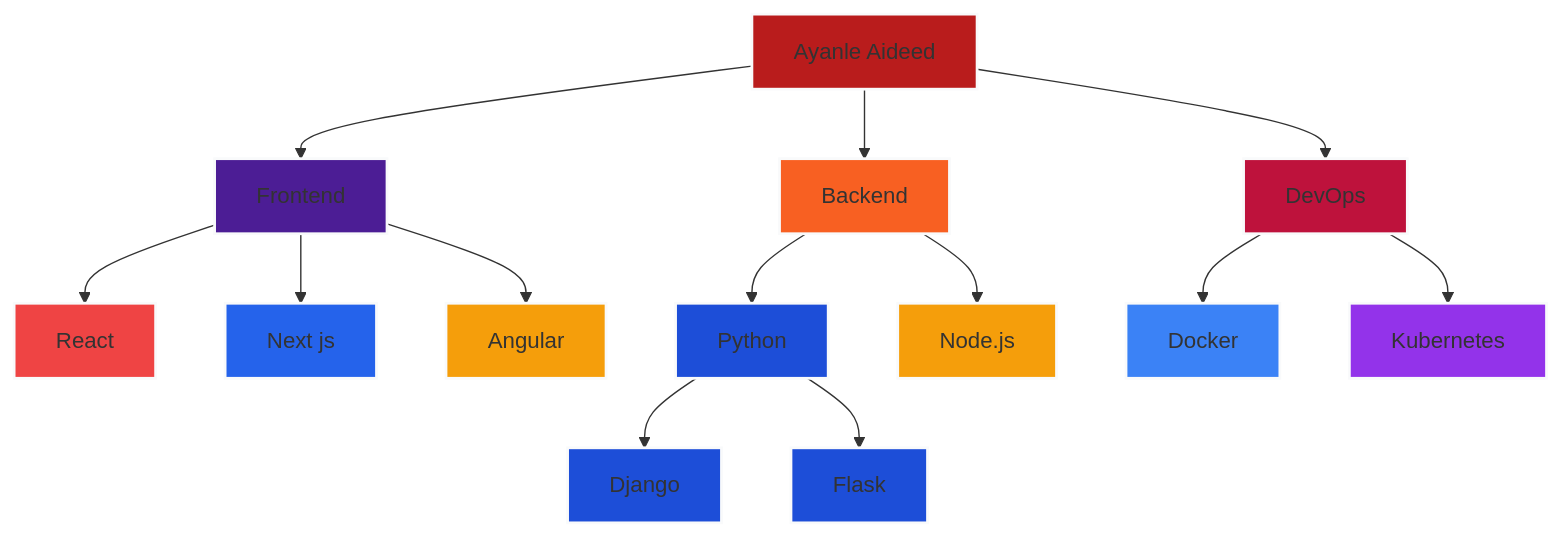
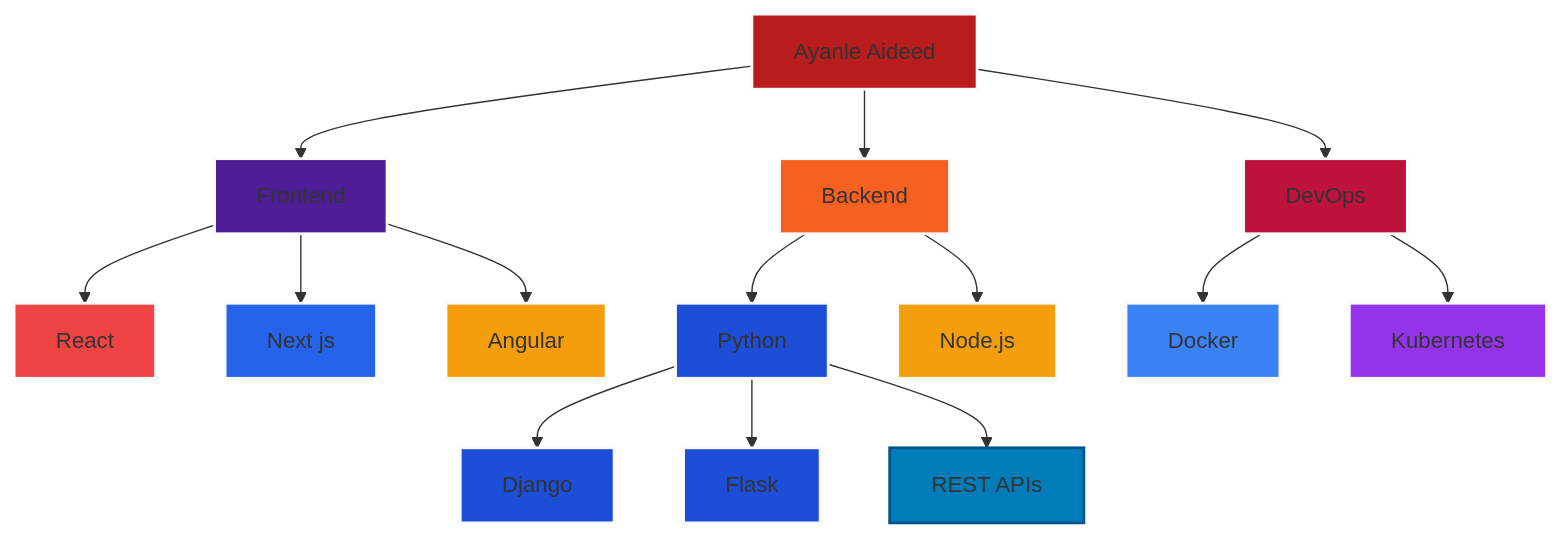
Before and after one commit to Ayanleaideed/Ayanleaideed: the diagram in README.md, drawn with Mermaid. The commit also changed other lines of this file, not shown here.

````diff
--- a/README.md
+++ b/README.md
@@ -126,32 +126,34 @@
 ```mermaid
 graph TD
     A[Ayanle Aideed] --> B[Frontend]
     A --> C[Backend]
     A --> D[DevOps]
     B --> E[React]
     B --> F[Next js]
     B --> N[Angular]
     C --> G[Python]
     C --> H[Node.js]
     D --> I[Docker]
     D --> J[Kubernetes]
     G --> L[Django]
     G --> M[Flask]
+    G --> O[REST APIs]
 
     style A fill:#b91c1c,stroke:#F9FAFB,stroke-width:2px
     style B fill:#4c1d95,stroke:#F9FAFB,stroke-width:2px
     style C fill:#f86022,stroke:#F9FAFB,stroke-width:2px
     style D fill:#be123c,stroke:#F9FAFB,stroke-width:2px
     style E fill:#EF4444,stroke:#F9FAFB,stroke-width:2px
     style F fill:#2563eb,stroke:#F9FAFB,stroke-width:2px
     style G fill:#1d4ed8,stroke:#F9FAFB,stroke-width:2px
     style H fill:#F59E0B,stroke:#F9FAFB,stroke-width:2px
     style I fill:#3B82F6,stroke:#F9FAFB,stroke-width:2px
     style J fill:#9333EA,stroke:#F9FAFB,stroke-width:2px
     style L fill:#1d4ed8,stroke:#F9FAFB,stroke-width:2px
     style M fill:#1d4ed8,stroke:#F9FAFB,stroke-width:2px
     style N fill:#F59E0B,stroke:#F9FAFB,stroke-width:2px
+    style O fill:#007cb9,stroke:#005689,stroke-width:2px
 
 
 
 ```
````
